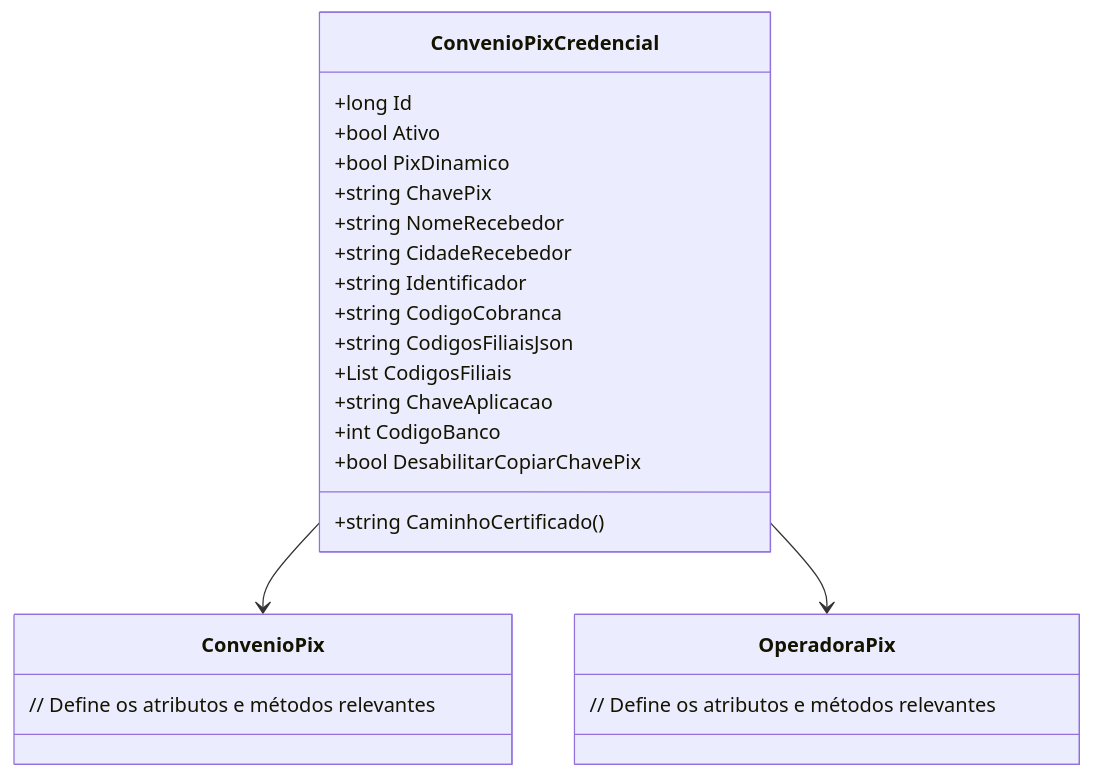
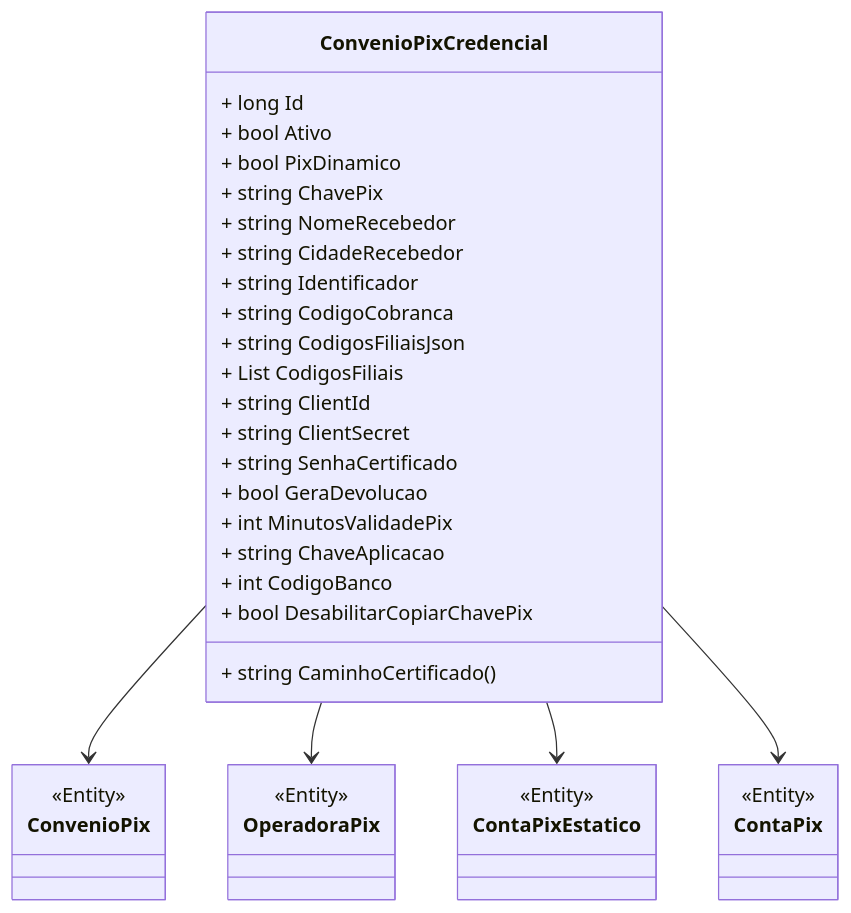
One commit to IsthmusSistemas/documentacao-tecnica changed the second of 2 diagrams in docs/b2b-dominio/IsthmusWinthor.Nucleo/IsthmusWinthor.Dominio/Entidades/ConvenioPixCredencial.md. Above: the diagram before and after it, drawn with Mermaid. The commit also changed other lines of this file and 882 other files, not shown here.

````diff
--- a/docs/b2b-dominio/IsthmusWinthor.Nucleo/IsthmusWinthor.Dominio/Entidades/ConvenioPixCredencial.md
+++ b/docs/b2b-dominio/IsthmusWinthor.Nucleo/IsthmusWinthor.Dominio/Entidades/ConvenioPixCredencial.md
@@ -35,30 +46,42 @@
 ```mermaid
 classDiagram
     class ConvenioPixCredencial {
-        +long Id
-        +bool Ativo
-        +bool PixDinamico
-        +string ChavePix
-        +string NomeRecebedor
-        +string CidadeRecebedor
-        +string Identificador
-        +string CodigoCobranca
-        +string CodigosFiliaisJson
-        +List<string> CodigosFiliais
-        +string ChaveAplicacao
-        +int CodigoBanco
-        +bool DesabilitarCopiarChavePix
-        +string CaminhoCertificado()
+        + long Id
+        + bool Ativo
+        + bool PixDinamico
+        + string ChavePix
+        + string NomeRecebedor
+        + string CidadeRecebedor
+        + string Identificador
+        + string CodigoCobranca
+        + string CodigosFiliaisJson
+        + List<string> CodigosFiliais
+        + string ClientId
+        + string ClientSecret
+        + string SenhaCertificado
+        + bool GeraDevolucao
+        + int MinutosValidadePix
+        + string ChaveAplicacao
+        + int CodigoBanco
+        + bool DesabilitarCopiarChavePix
+        + string CaminhoCertificado()
     }
     
     class ConvenioPix {
-        // Define os atributos e métodos relevantes
+        <<Entity>>
     }
-    
     class OperadoraPix {
-        // Define os atributos e métodos relevantes
+        <<Entity>>
+    }
+    class ContaPixEstatico {
+        <<Entity>>
+    }
+    class ContaPix {
+        <<Entity>>
     }
 
     ConvenioPixCredencial --> ConvenioPix
     ConvenioPixCredencial --> OperadoraPix
+    ConvenioPixCredencial --> ContaPixEstatico
+    ConvenioPixCredencial --> ContaPix
 ```
````
